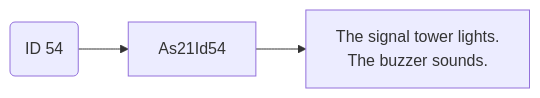
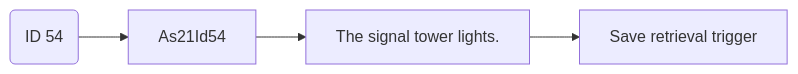
The third of 11 diagrams in Basic-Design/DFD-WMS/Retrieval/Stacked-Empty-Pallet.md (luthfiadityaa/SimeDarby-Wiki), drawn with Mermaid before and after one commit. The commit also changed other lines of this file, not shown here.

```diff
--- a/Basic-Design/DFD-WMS/Retrieval/Stacked-Empty-Pallet.md
+++ b/Basic-Design/DFD-WMS/Retrieval/Stacked-Empty-Pallet.md
@@ -84,15 +84,18 @@
 ::: mermaid
 flowchart LR
 
 id50msg("
 ID 54
 ")
 
 buttonlight["
 The signal tower lights.
-The buzzer sounds.
+"]
+
+releaseCommand2["
+Save retrieval trigger
 "]
 
 id50msg --> As21Id54
-As21Id54 --> buttonlight
+As21Id54 --> buttonlight --> releaseCommand2
 :::
```
